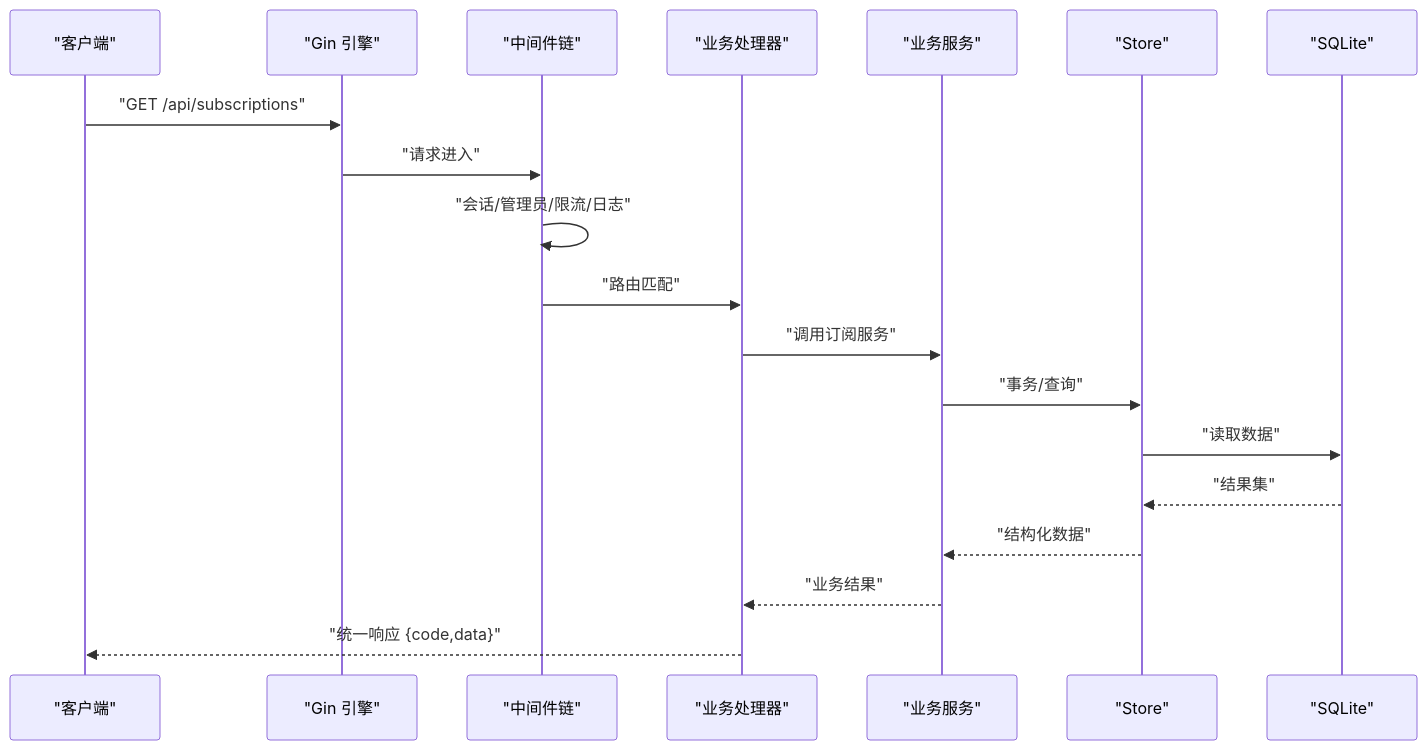
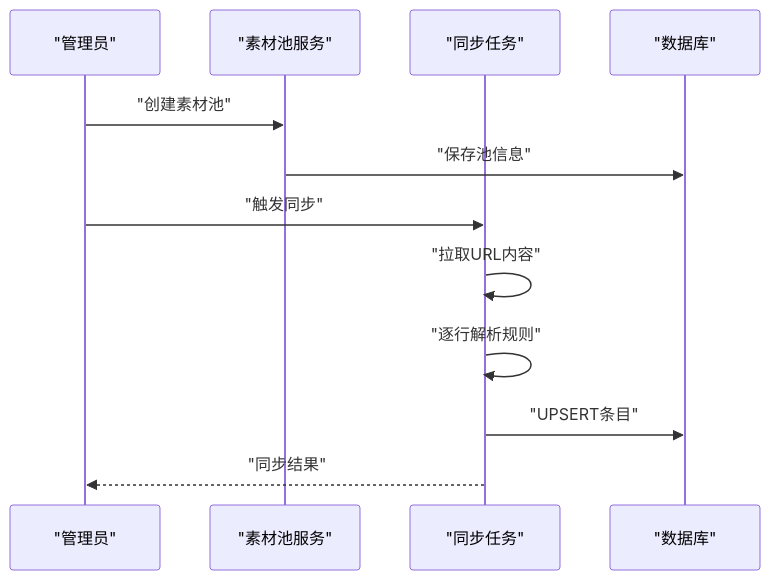
Before and after one commit to AlcaProphet/VPN-Subscription-Management: the fourth of 11 diagrams in .qoder/repowiki/zh/content/架构设计/架构设计.md, drawn with Mermaid. The commit also changed other lines of this file and 109 other files, not shown here.

````diff
--- a/.qoder/repowiki/zh/content/架构设计/架构设计.md
+++ b/.qoder/repowiki/zh/content/架构设计/架构设计.md
@@ -118,21 +170,14 @@
 ```mermaid
 sequenceDiagram
-participant C as "客户端"
-participant S as "Gin 引擎"
-participant MW as "中间件链"
-participant H as "业务处理器"
-participant SV as "业务服务"
-participant ST as "Store"
-participant DB as "SQLite"
-C->>S : "GET /api/subscriptions"
-S->>MW : "请求进入"
-MW->>MW : "会话/管理员/限流/日志"
-MW->>H : "路由匹配"
-H->>SV : "调用订阅服务"
-SV->>ST : "事务/查询"
-ST->>DB : "读取数据"
-DB-->>ST : "结果集"
-ST-->>SV : "结构化数据"
-SV-->>H : "业务结果"
-H-->>C : "统一响应 {code,data}"
+participant Admin as "管理员"
+participant Pool as "素材池服务"
+participant Sync as "同步任务"
+participant DB as "数据库"
+Admin->>Pool : "创建素材池"
+Pool->>DB : "保存池信息"
+Admin->>Sync : "触发同步"
+Sync->>Sync : "拉取URL内容"
+Sync->>Sync : "逐行解析规则"
+Sync->>DB : "UPSERT条目"
+Sync-->>Admin : "同步结果"
 ```
````
